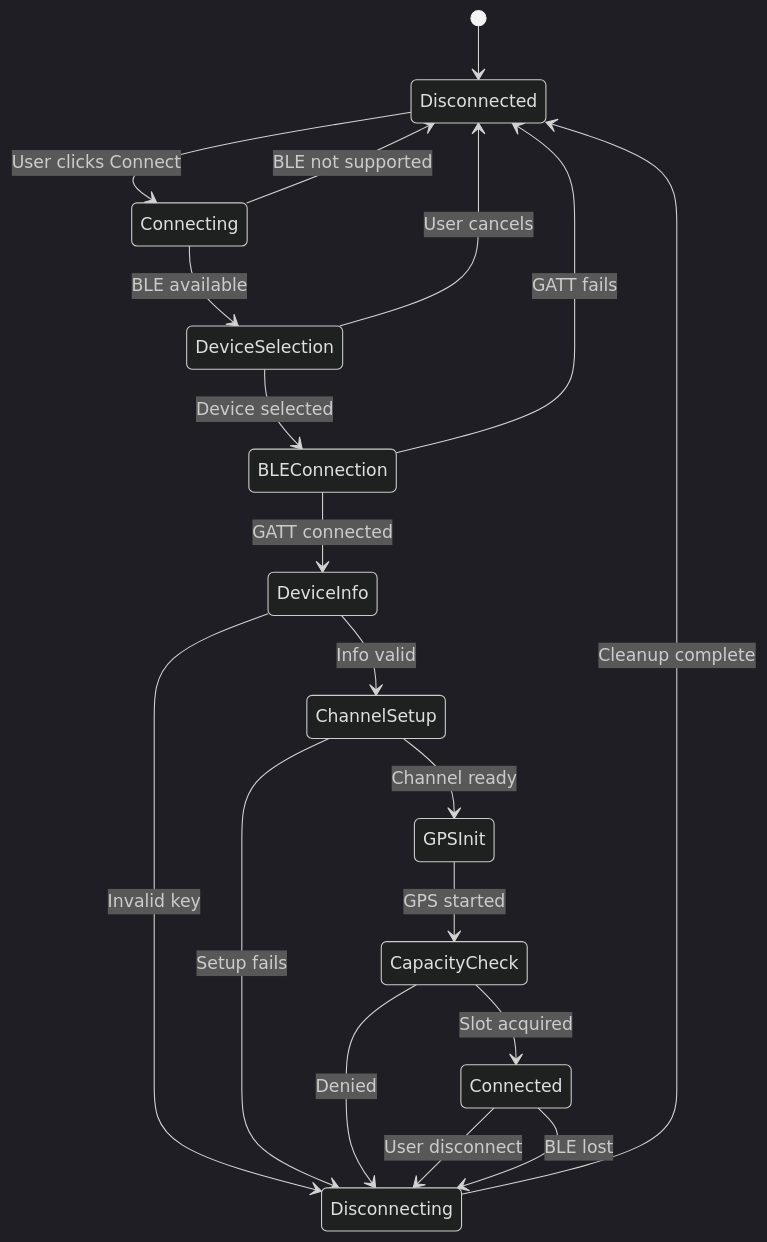
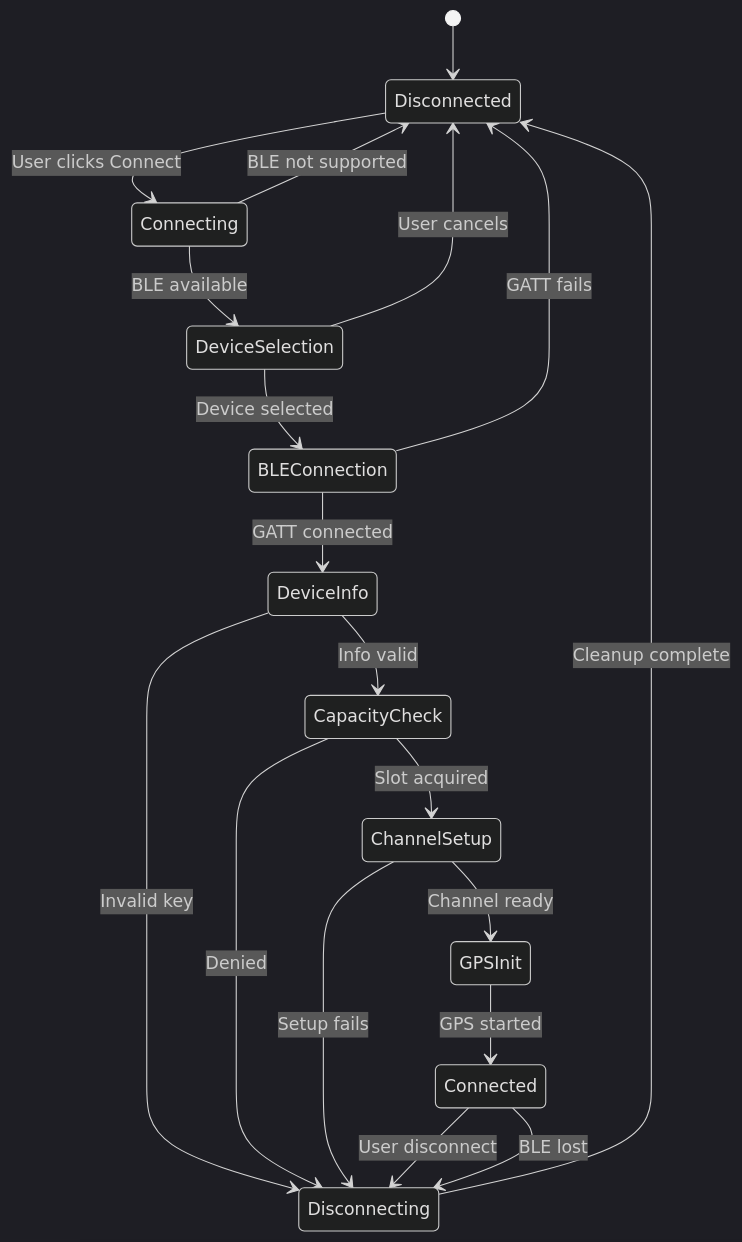
The third of 3 diagrams in docs/CONNECTION_WORKFLOW.md (MrAlders0n/MeshCore-GOME-WarDriver), drawn with Mermaid (dark theme) before and after one commit. The commit also changed other lines of this file and 1 other file, not shown here.

Commit message:
Reorder connection flow: move capacity check before channel setup and GPS init

````diff
--- a/docs/CONNECTION_WORKFLOW.md
+++ b/docs/CONNECTION_WORKFLOW.md
@@ -332,30 +330,30 @@
 ```mermaid
 stateDiagram-v2
     [*] --> Disconnected
     
     Disconnected --> Connecting: User clicks Connect
     Connecting --> DeviceSelection: BLE available
     Connecting --> Disconnected: BLE not supported
     
     DeviceSelection --> BLEConnection: Device selected
     DeviceSelection --> Disconnected: User cancels
     
     BLEConnection --> DeviceInfo: GATT connected
     BLEConnection --> Disconnected: GATT fails
     
-    DeviceInfo --> ChannelSetup: Info valid
+    DeviceInfo --> CapacityCheck: Info valid
     DeviceInfo --> Disconnecting: Invalid key
+    
+    CapacityCheck --> ChannelSetup: Slot acquired
+    CapacityCheck --> Disconnecting: Denied
     
     ChannelSetup --> GPSInit: Channel ready
     ChannelSetup --> Disconnecting: Setup fails
     
-    GPSInit --> CapacityCheck: GPS started
-    
-    CapacityCheck --> Connected: Slot acquired
-    CapacityCheck --> Disconnecting: Denied
+    GPSInit --> Connected: GPS started
     
     Connected --> Disconnecting: User disconnect
     Connected --> Disconnecting: BLE lost
     
     Disconnecting --> Disconnected: Cleanup complete
 ```
````
